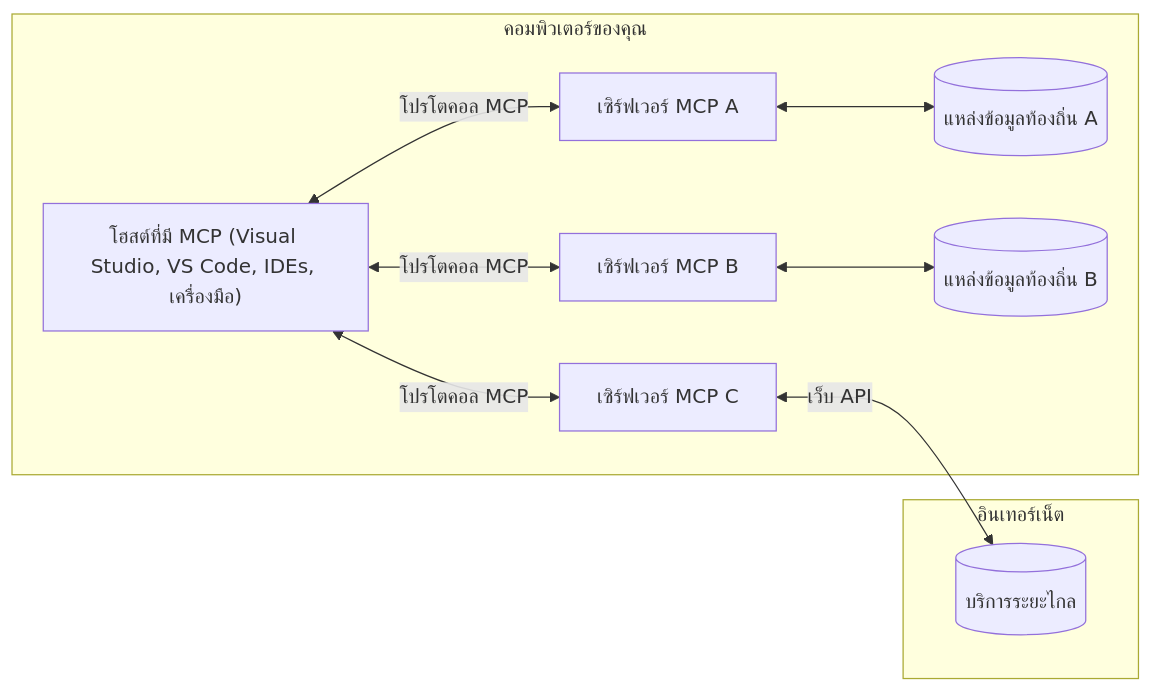
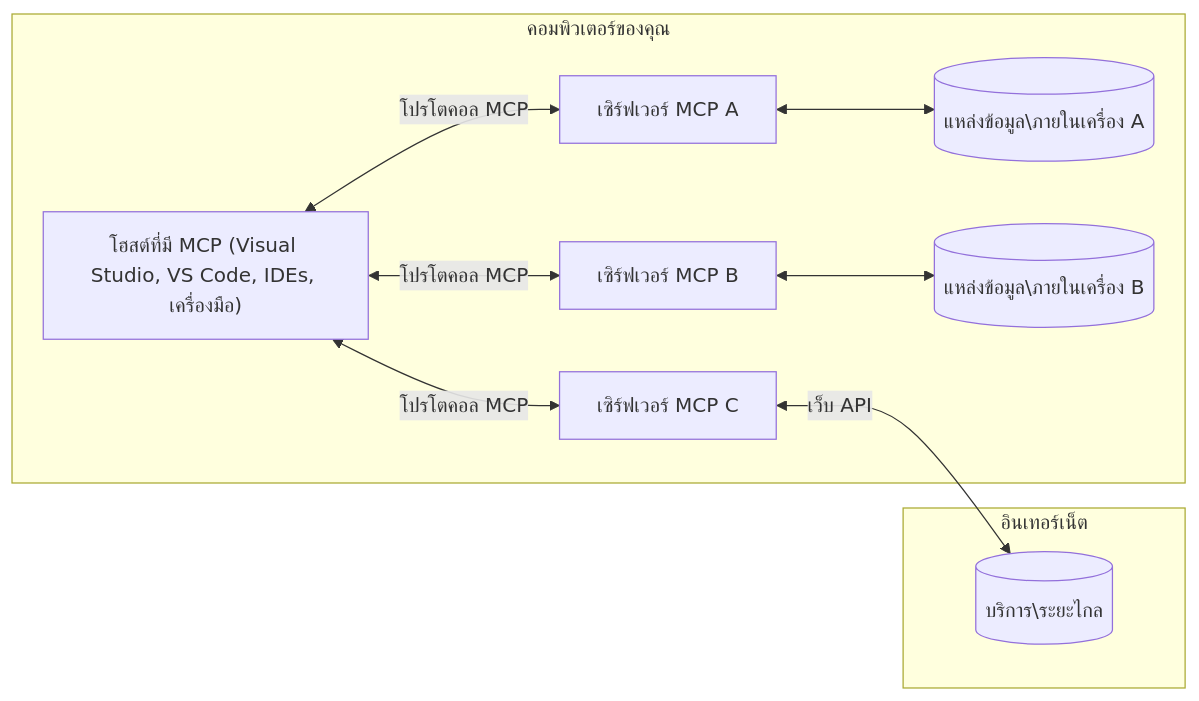
Before and after one commit to HIDORAKAI002/ai-workspace-archive: the diagram in mcp_ecosystem__model_context_protocol/mcp_learning_resources/mcp-for-beginners/translations/th/01-CoreConcepts/README.md, drawn with Mermaid. The commit also changed other lines of this file and 1046 other files, not shown here.

````diff
--- a/mcp_ecosystem__model_context_protocol/mcp_learning_resources/mcp-for-beginners/translations/th/01-CoreConcepts/README.md
+++ b/mcp_ecosystem__model_context_protocol/mcp_learning_resources/mcp-for-beginners/translations/th/01-CoreConcepts/README.md
@@ -47,17 +45,17 @@
 ```mermaid
 flowchart LR
     subgraph "คอมพิวเตอร์ของคุณ"
         Host["โฮสต์ที่มี MCP (Visual Studio, VS Code, IDEs, เครื่องมือ)"]
         S1["เซิร์ฟเวอร์ MCP A"]
         S2["เซิร์ฟเวอร์ MCP B"]
         S3["เซิร์ฟเวอร์ MCP C"]
         Host <-->|"โปรโตคอล MCP"| S1
         Host <-->|"โปรโตคอล MCP"| S2
         Host <-->|"โปรโตคอล MCP"| S3
-        S1 <--> D1[("แหล่งข้อมูลท้องถิ่น A")]
-        S2 <--> D2[("แหล่งข้อมูลท้องถิ่น B")]
+        S1 <--> D1[("แหล่งข้อมูล\ภายในเครื่อง A")]
+        S2 <--> D2[("แหล่งข้อมูล\ภายในเครื่อง B")]
     end
     subgraph "อินเทอร์เน็ต"
-        S3 <-->|"เว็บ API"| D3[("บริการระยะไกล")]
+        S3 <-->|"เว็บ API"| D3[("บริการ\ระยะไกล")]
     end
 ```
````
